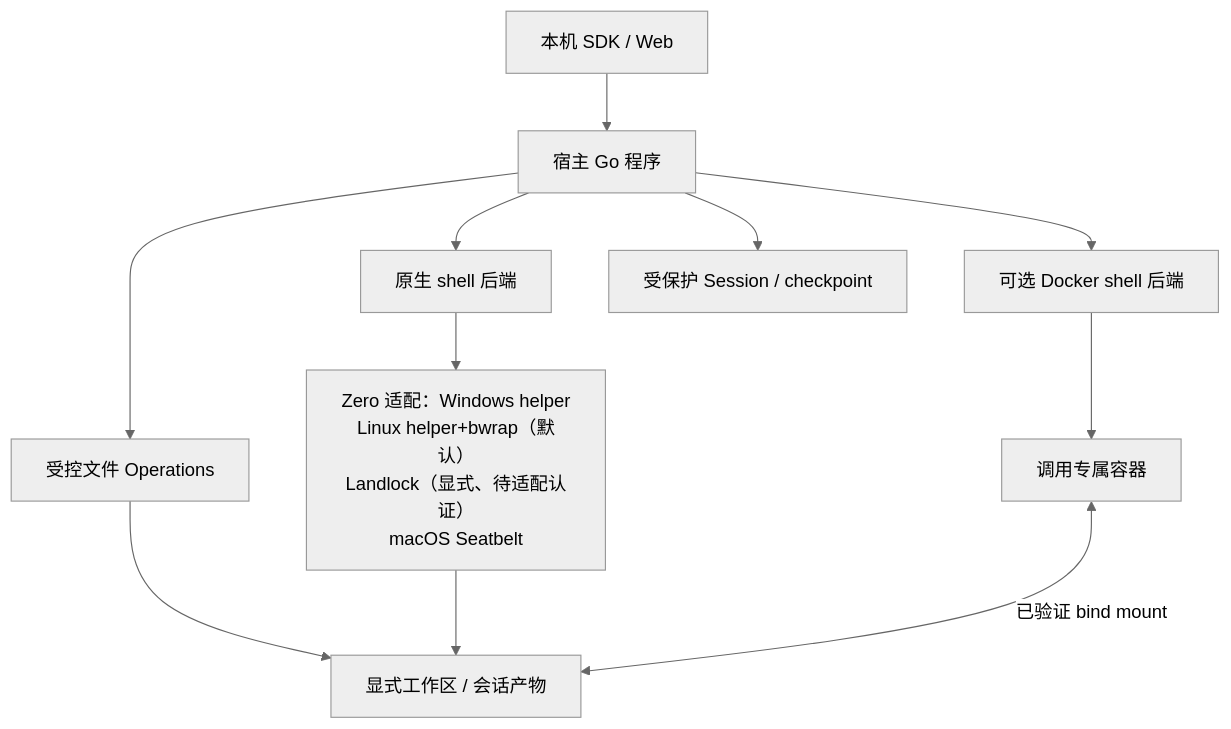
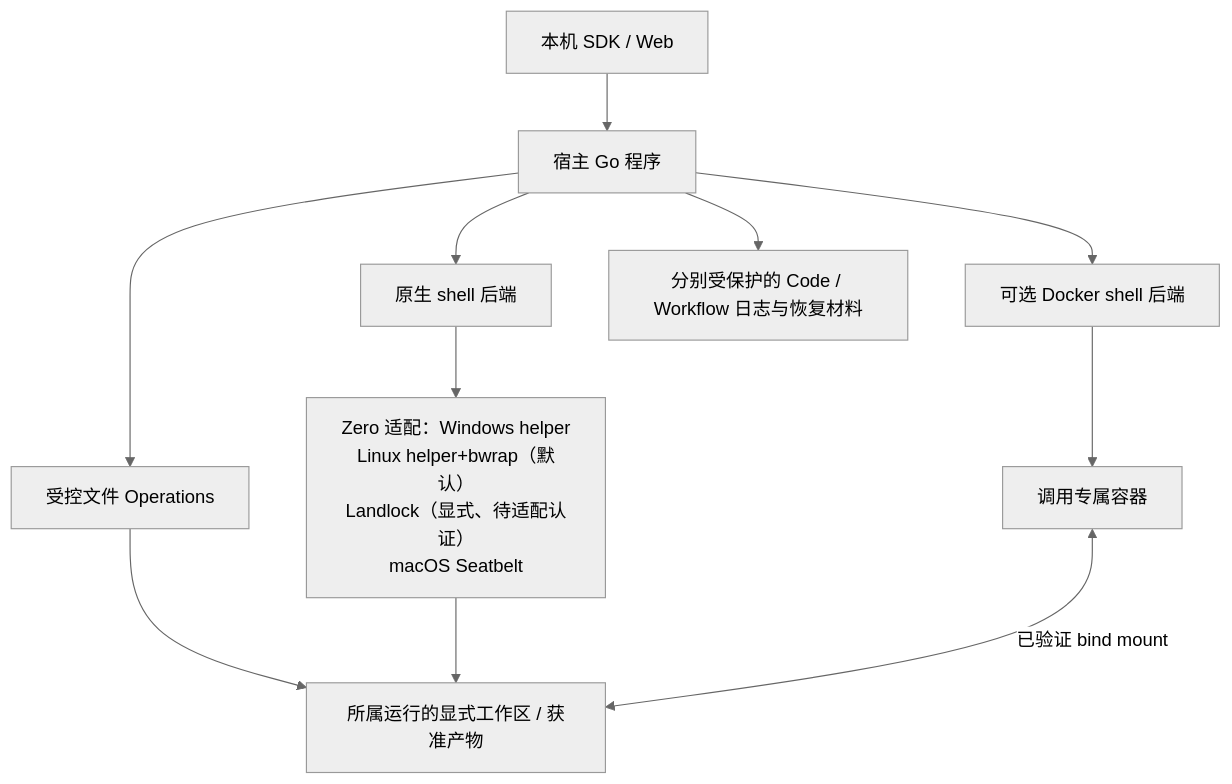
One commit to ww1489/seasprak changed the second of 2 diagrams in docs/pi-eino-dev-plan/01-architecture.md. Above: the diagram before and after it, drawn with Mermaid (neutral theme). The commit also changed other lines of this file and 904 other files, not shown here.

````diff
--- a/docs/pi-eino-dev-plan/01-architecture.md
+++ b/docs/pi-eino-dev-plan/01-architecture.md
@@ -115,13 +121,13 @@
 ```mermaid
 flowchart TB
     C["本机 SDK / Web"] --> S["宿主 Go 程序"]
     S --> F["受控文件 Operations"]
     S --> N["原生 shell 后端"]
     S --> D["可选 Docker shell 后端"]
     N --> W["Zero 适配：Windows helper<br/>Linux helper+bwrap（默认）<br/>Landlock（显式、待适配认证）<br/>macOS Seatbelt"]
     D --> B["调用专属容器"]
-    F --> WS["显式工作区 / 会话产物"]
+    F --> WS["所属运行的显式工作区 / 获准产物"]
     W --> WS
     B <-->|已验证 bind mount| WS
-    S --> DB["受保护 Session / checkpoint"]
+    S --> DB["分别受保护的 Code / Workflow 日志与恢复材料"]
 ```
````
